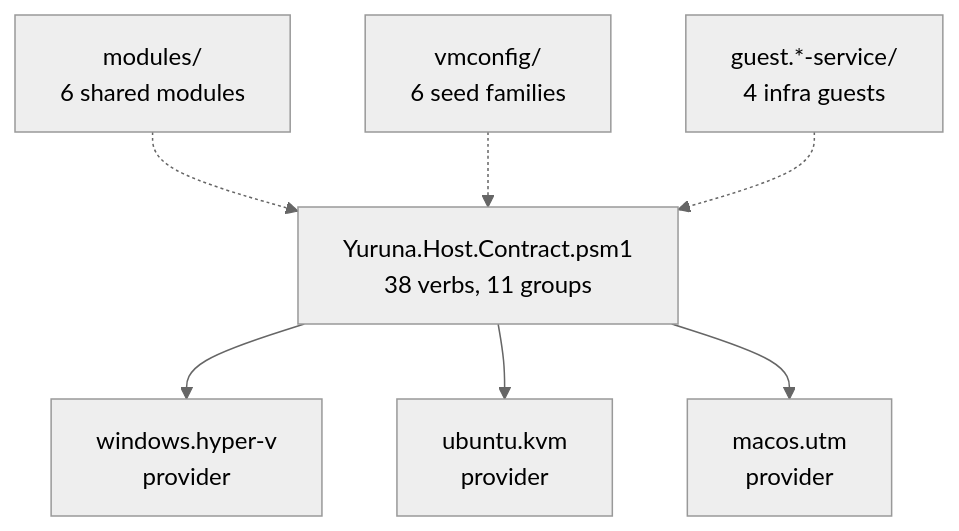
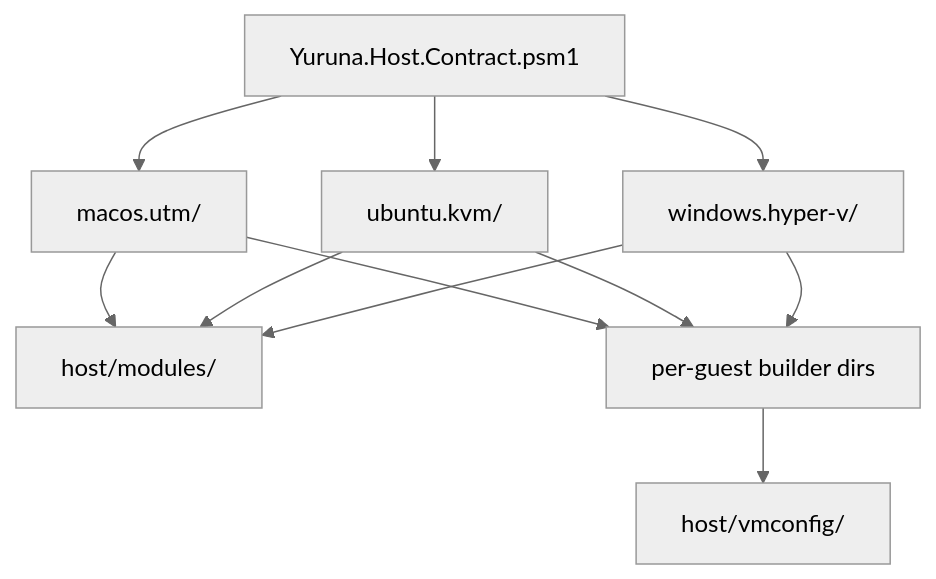
The fourth of 7 diagrams in docs/design/02-component-breakdown.md (alissonsol/yuruna), drawn with Mermaid (neutral theme) before and after one commit. The commit also changed other lines of this file and 635 other files, not shown here.

````diff
--- a/docs/design/02-component-breakdown.md
+++ b/docs/design/02-component-breakdown.md
@@ -259,17 +242,21 @@
 ```mermaid
 flowchart TD
-    windows-hyperv[windows.hyper-v<br/>provider]
-    ubuntu-kvm[ubuntu.kvm<br/>provider]
-    macos-utm[macos.utm<br/>provider]
-    host-contract[Yuruna.Host.Contract.psm1<br/>38 verbs, 11 groups]
-    host-modules[modules/<br/>6 shared modules]
-    vmconfig[vmconfig/<br/>6 seed families]
-    infra-guests[guest.*-service/<br/>4 infra guests]
+    host-contract["Yuruna.Host.Contract.psm1"]
+    macos-utm["macos.utm/"]
+    host-modules["host/modules/"]
+    ubuntu-kvm["ubuntu.kvm/"]
+    vmconfig["host/vmconfig/"]
+    windows-hyper-v["windows.hyper-v/"]
+    guest-builders["per-guest builder dirs"]
 
-    host-contract --> windows-hyperv
+    host-contract --> macos-utm
     host-contract --> ubuntu-kvm
-    host-contract --> macos-utm
-    host-modules -.-> host-contract
-    vmconfig -.-> host-contract
-    infra-guests -.-> host-contract
+    host-contract --> windows-hyper-v
+    macos-utm --> host-modules
+    ubuntu-kvm --> host-modules
+    windows-hyper-v --> host-modules
+    macos-utm --> guest-builders
+    ubuntu-kvm --> guest-builders
+    windows-hyper-v --> guest-builders
+    guest-builders --> vmconfig
 ```
````
